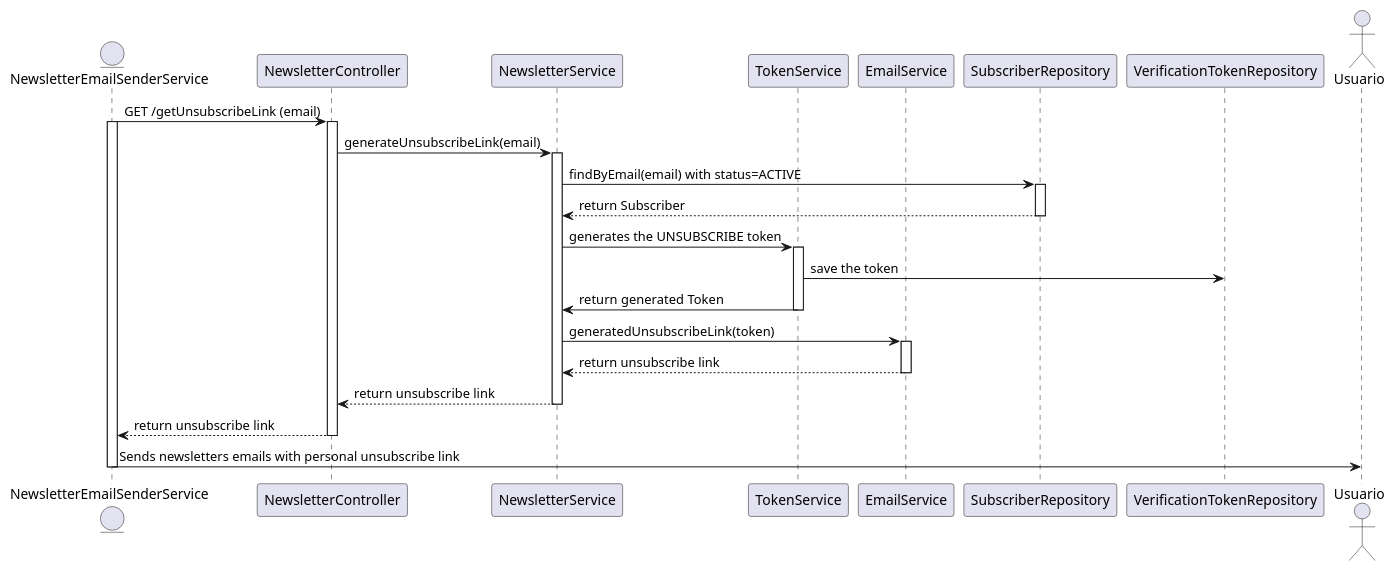
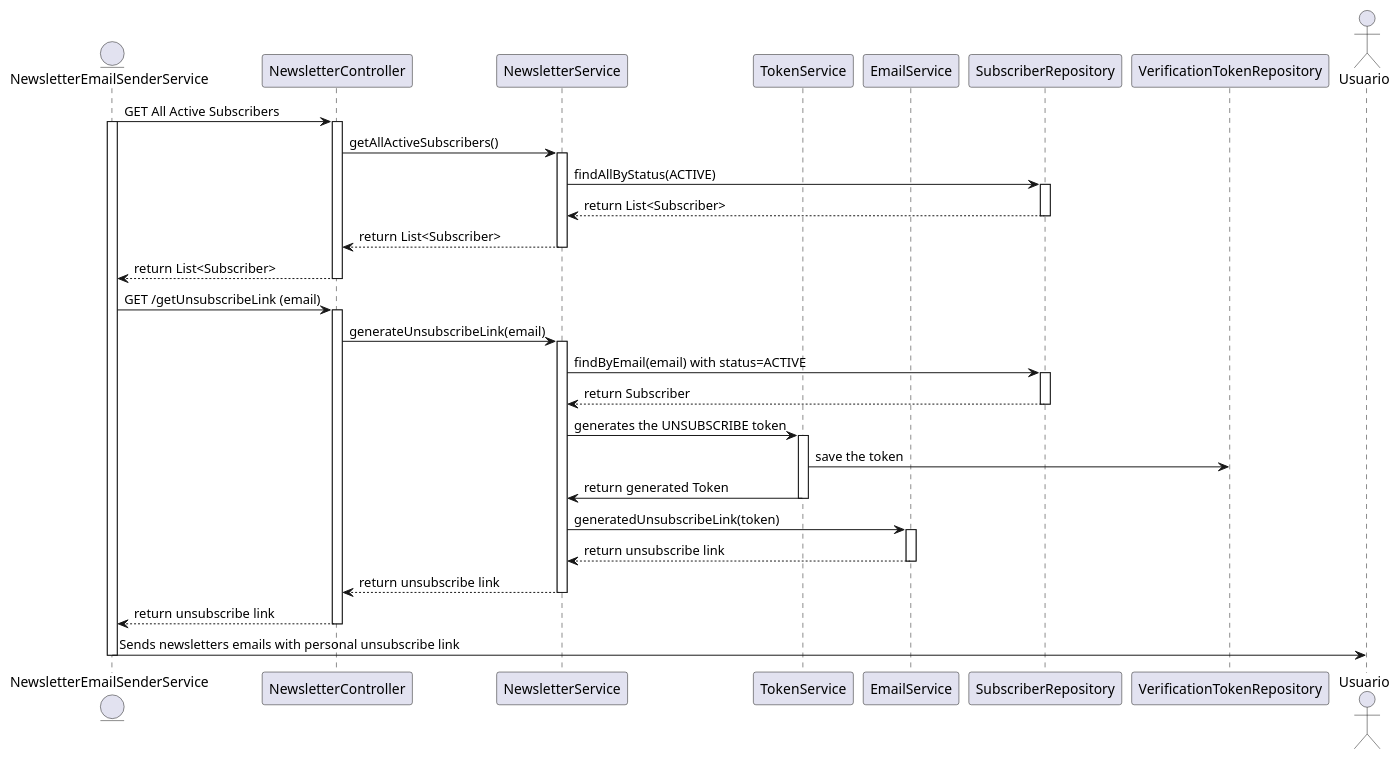
One commit to raullopezpenalva/Newsletter-Service changed the diagram in plantUML/unsubscribelink_generation_sequence_diagram.puml. Above: the diagram before and after it, drawn with PlantUML. The commit also changed 1 other file, not shown here.

Commit message:
Refactor unsubscribe sequence diagram to include active subscriber retrieval flow for clarity

```diff
--- a/plantUML/unsubscribelink_generation_sequence_diagram.puml
+++ b/plantUML/unsubscribelink_generation_sequence_diagram.puml
@@ -1,38 +1,51 @@
 @startuml unsubscribeLink_generation_sequence_diagram
 entity "NewsletterEmailSenderService" as EmailSenderService
 
 participant "NewsletterController" as Controller
 participant "NewsletterService" as Service
 participant "TokenService" as TokenService
 participant "EmailService" as EmailService
 participant "SubscriberRepository" as Repo
 participant "VerificationTokenRepository" as TokenRepo
 
 actor Usuario
 
+EmailSenderService -> Controller : GET All Active Subscribers
+activate EmailSenderService
+activate Controller
+Controller -> Service : getAllActiveSubscribers()
+activate Service
+Service -> Repo : findAllByStatus(ACTIVE)
+activate Repo
+Repo --> Service : return List<Subscriber>
+deactivate Repo
+Service --> Controller : return List<Subscriber>
+deactivate Service
+Controller --> EmailSenderService : return List<Subscriber>
+deactivate Controller
+
 EmailSenderService -> Controller : GET /getUnsubscribeLink (email)
-activate EmailSenderService
 activate Controller
 Controller -> Service : generateUnsubscribeLink(email)
 activate Service
 Service -> Repo : findByEmail(email) with status=ACTIVE
 activate Repo
 Repo --> Service : return Subscriber
 deactivate Repo
 Service -> TokenService : generates the UNSUBSCRIBE token
 activate TokenService
 TokenService -> TokenRepo : save the token
 TokenService -> Service : return generated Token
 deactivate TokenService
 Service -> EmailService : generatedUnsubscribeLink(token)
 activate EmailService
 EmailService --> Service : return unsubscribe link
 deactivate EmailService
 Service --> Controller : return unsubscribe link
 deactivate Service
 Controller --> EmailSenderService : return unsubscribe link
 deactivate Controller
 EmailSenderService -> Usuario : Sends newsletters emails with personal unsubscribe link 
 deactivate EmailSenderService
 
 @enduml
```
